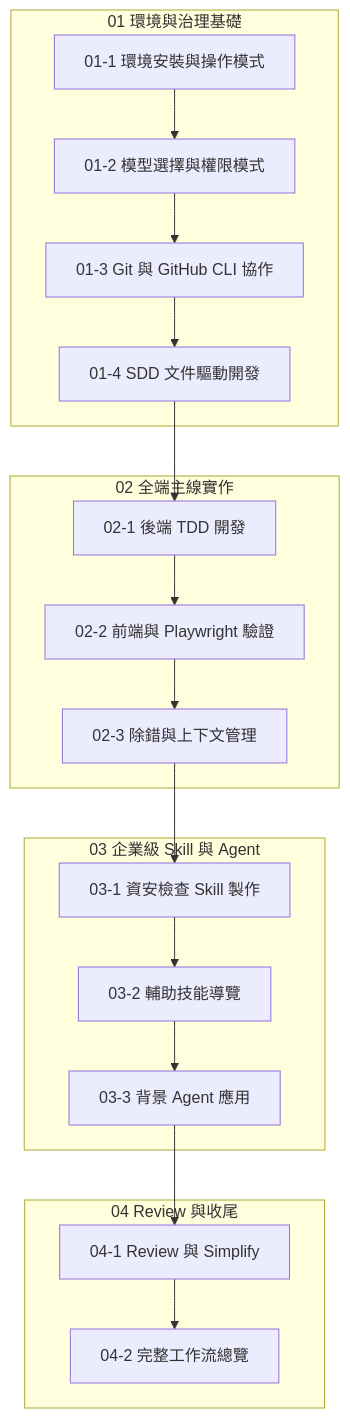
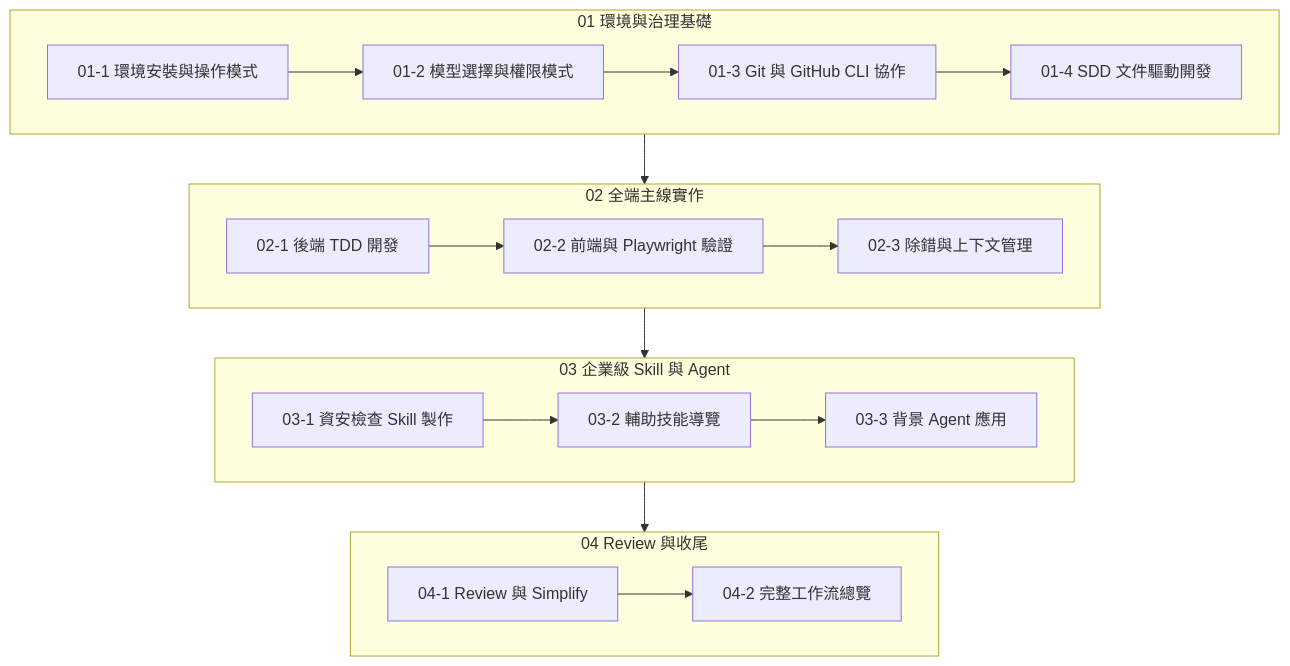
Before and after one commit to JoyGames-TW/claude-code-tutorials: the diagram in curriculum/README.md, drawn with Mermaid. The commit also changed 1 other file, not shown here.

Commit message:
更新文件

````diff
--- a/curriculum/README.md
+++ b/curriculum/README.md
@@ -56,26 +56,26 @@
 ```mermaid
 flowchart TD
     subgraph 第一單元["01 環境與治理基礎"]
         A1["01-1 環境安裝與操作模式"] --> A2["01-2 模型選擇與權限模式"]
         A2 --> A3["01-3 Git 與 GitHub CLI 協作"]
         A3 --> A4["01-4 SDD 文件驅動開發"]
     end
     
     subgraph 第二單元["02 全端主線實作"]
         B1["02-1 後端 TDD 開發"] --> B2["02-2 前端與 Playwright 驗證"]
         B2 --> B3["02-3 除錯與上下文管理"]
     end
     
     subgraph 第三單元["03 企業級 Skill 與 Agent"]
         C1["03-1 資安檢查 Skill 製作"] --> C2["03-2 輔助技能導覽"]
         C2 --> C3["03-3 背景 Agent 應用"]
     end
     
     subgraph 第四單元["04 Review 與收尾"]
         D1["04-1 Review 與 Simplify"] --> D2["04-2 完整工作流總覽"]
     end
     
-    A4 --> B1
-    B3 --> C1
-    C3 --> D1
+    第一單元 --> 第二單元
+    第二單元 --> 第三單元
+    第三單元 --> 第四單元
 ```
````
